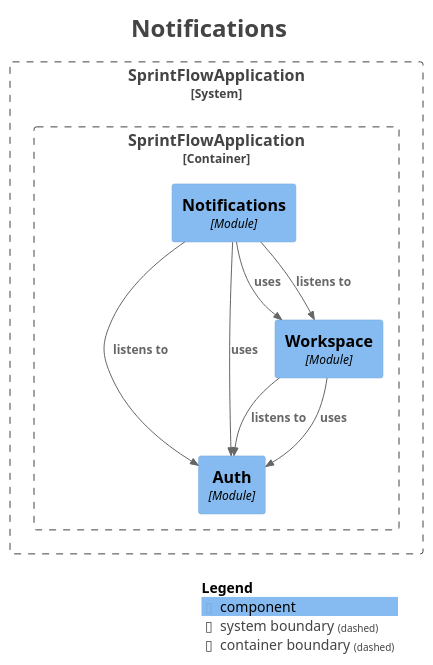
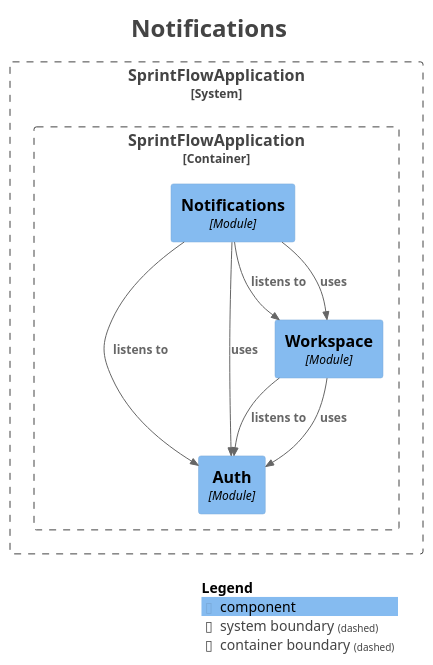
One commit to Mouaz7/sprintflow-insight changed the diagram in docs/architecture/module-notifications.puml. Above: the diagram before and after it, drawn with PlantUML. The commit also changed other lines of this file and 6 other files, not shown here.

```diff
--- a/docs/architecture/module-notifications.puml
+++ b/docs/architecture/module-notifications.puml
@@ -1,36 +1,36 @@
 @startuml
 title <size:24>Notifications</size>
 
 set separator none
 top to bottom direction
 
 <style>
   root {
     BackgroundColor: #ffffff
     FontColor: #444444
   }
 </style>
 
 !include <C4/C4>
 !include <C4/C4_Context>
 !include <C4/C4_Component>
 
 System_Boundary("SprintFlowApplication_boundary", "SprintFlowApplication", $tags="") {
   Container_Boundary("SprintFlowApplication.SprintFlowApplication_boundary", "SprintFlowApplication", $tags="") {
     Component(SprintFlowApplication.SprintFlowApplication.Auth, "Auth", $techn="Module", $descr="", $tags="", $link="")
     Component(SprintFlowApplication.SprintFlowApplication.Workspace, "Workspace", $techn="Module", $descr="", $tags="", $link="")
     Component(SprintFlowApplication.SprintFlowApplication.Notifications, "Notifications", $techn="Module", $descr="", $tags="", $link="")
   }
 
 }
 
+Rel(SprintFlowApplication.SprintFlowApplication.Workspace, SprintFlowApplication.SprintFlowApplication.Auth, "listens to", $techn="", $tags="", $link="")
+Rel(SprintFlowApplication.SprintFlowApplication.Workspace, SprintFlowApplication.SprintFlowApplication.Auth, "uses", $techn="", $tags="", $link="")
+Rel(SprintFlowApplication.SprintFlowApplication.Notifications, SprintFlowApplication.SprintFlowApplication.Workspace, "listens to", $techn="", $tags="", $link="")
 Rel(SprintFlowApplication.SprintFlowApplication.Notifications, SprintFlowApplication.SprintFlowApplication.Auth, "listens to", $techn="", $tags="", $link="")
 Rel(SprintFlowApplication.SprintFlowApplication.Notifications, SprintFlowApplication.SprintFlowApplication.Auth, "uses", $techn="", $tags="", $link="")
 Rel(SprintFlowApplication.SprintFlowApplication.Notifications, SprintFlowApplication.SprintFlowApplication.Workspace, "uses", $techn="", $tags="", $link="")
-Rel(SprintFlowApplication.SprintFlowApplication.Workspace, SprintFlowApplication.SprintFlowApplication.Auth, "listens to", $techn="", $tags="", $link="")
-Rel(SprintFlowApplication.SprintFlowApplication.Workspace, SprintFlowApplication.SprintFlowApplication.Auth, "uses", $techn="", $tags="", $link="")
-Rel(SprintFlowApplication.SprintFlowApplication.Notifications, SprintFlowApplication.SprintFlowApplication.Workspace, "listens to", $techn="", $tags="", $link="")
 
 SHOW_LEGEND(true)
 hide stereotypes
 @enduml
```
